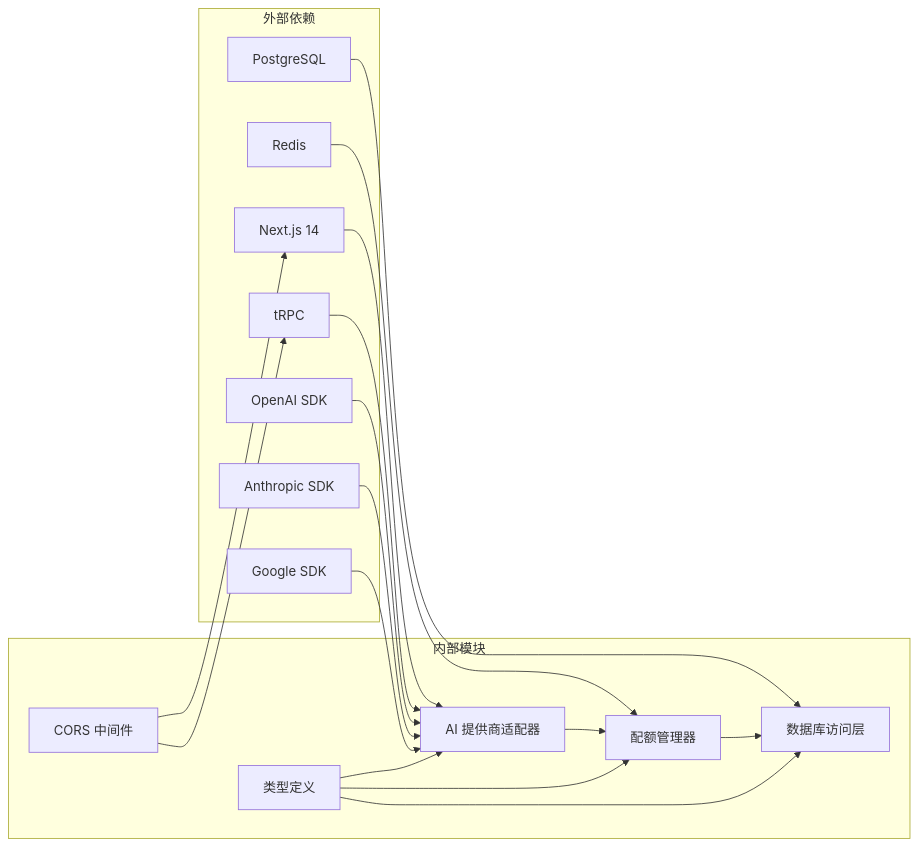
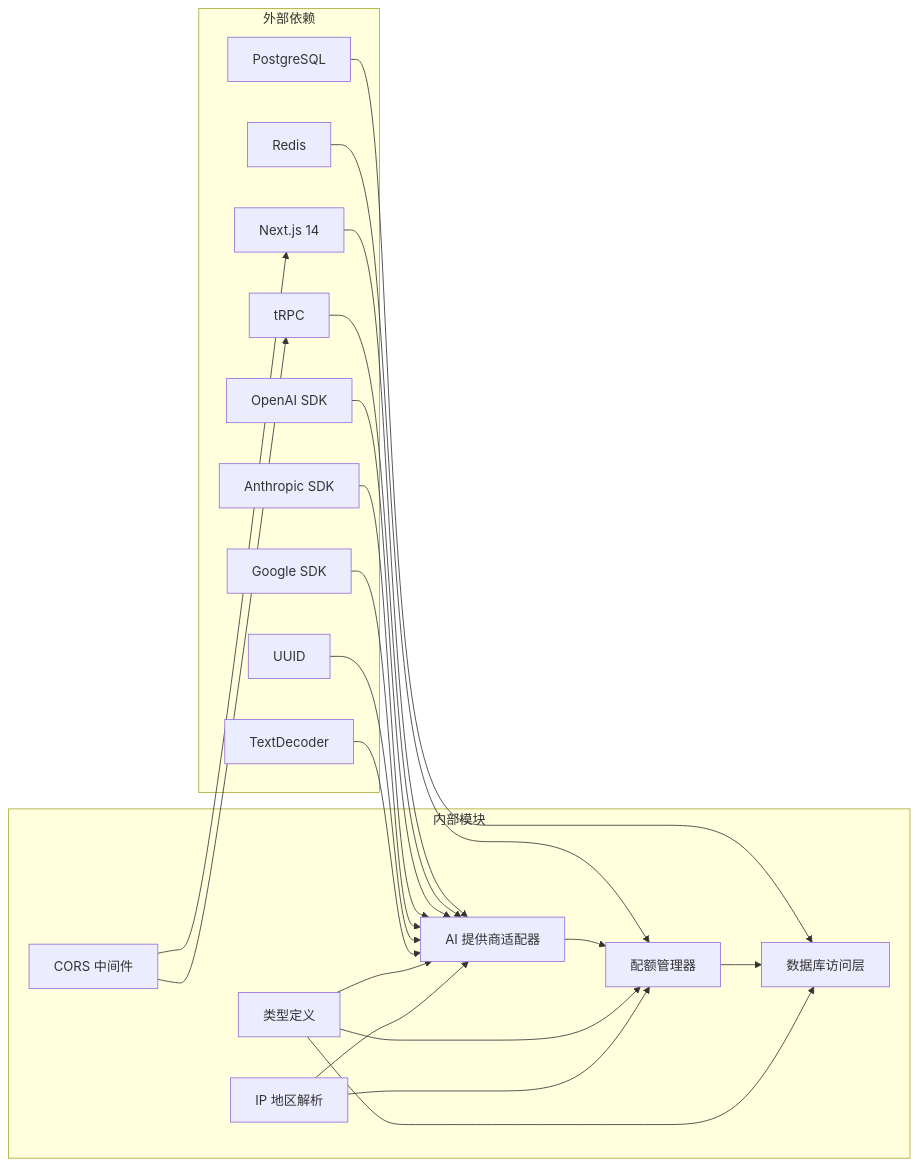
The seventh of 9 diagrams in .qoder/repowiki/zh/content/API 参考/OpenAI 兼容接口.md (RadiumAg/AIGate), drawn with Mermaid before and after one commit. The commit also changed other lines of this file and 4 other files, not shown here.

````diff
--- a/.qoder/repowiki/zh/content/API 参考/OpenAI 兼容接口.md
+++ b/.qoder/repowiki/zh/content/API 参考/OpenAI 兼容接口.md
@@ -282,33 +289,40 @@
 ```mermaid
 graph LR
 subgraph "外部依赖"
 A[Next.js 14]
 B[tRPC]
 C[Redis]
 D[PostgreSQL]
 E[OpenAI SDK]
 F[Anthropic SDK]
 G[Google SDK]
+H[UUID]
+I[TextDecoder]
 end
 subgraph "内部模块"
-H[AI 提供商适配器]
-I[配额管理器]
-J[数据库访问层]
-K[CORS 中间件]
-L[类型定义]
+J[AI 提供商适配器]
+K[配额管理器]
+L[数据库访问层]
+M[CORS 中间件]
+N[类型定义]
+O[IP 地区解析]
 end
-A --> H
-B --> H
-C --> I
-D --> J
-E --> H
-F --> H
-G --> H
-H --> I
+A --> J
+B --> J
+C --> K
+D --> L
+E --> J
+F --> J
+G --> J
+H --> J
 I --> J
-K --> A
-K --> B
-L --> H
-L --> I
-L --> J
+J --> K
+K --> L
+M --> A
+M --> B
+N --> J
+N --> K
+N --> L
+O --> J
+O --> K
 ```
````
